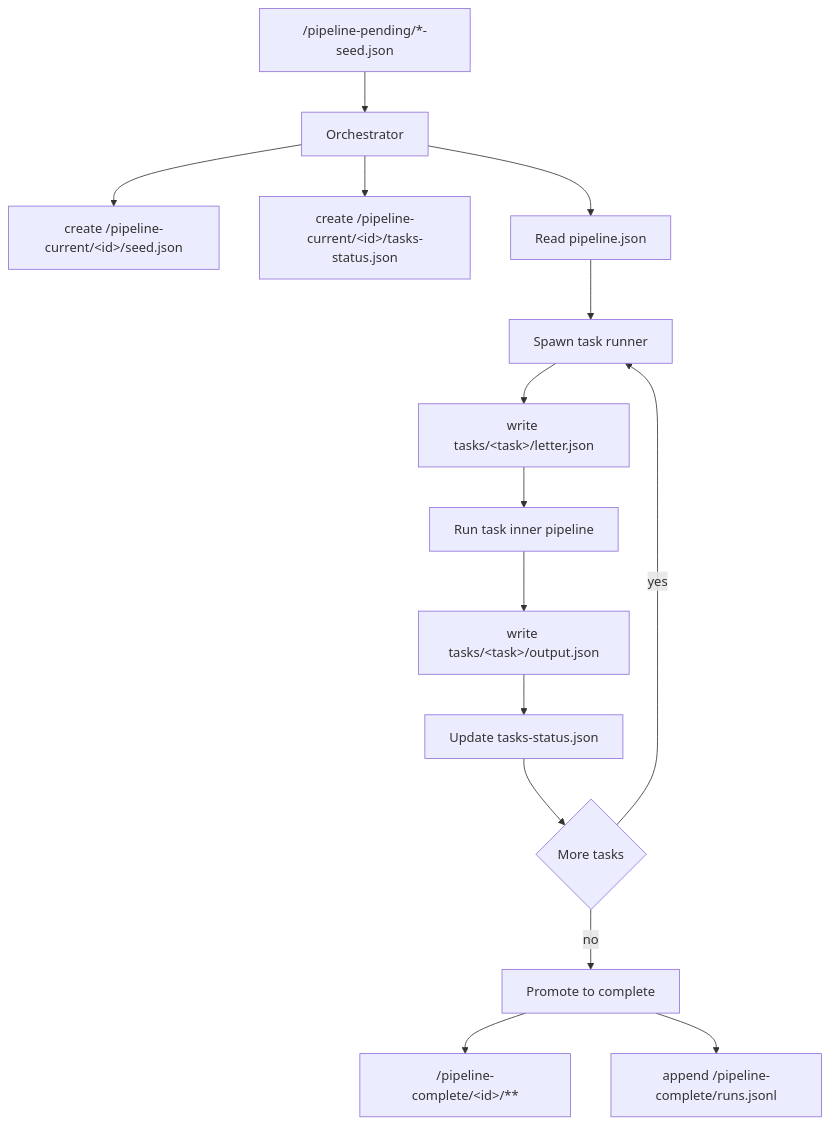
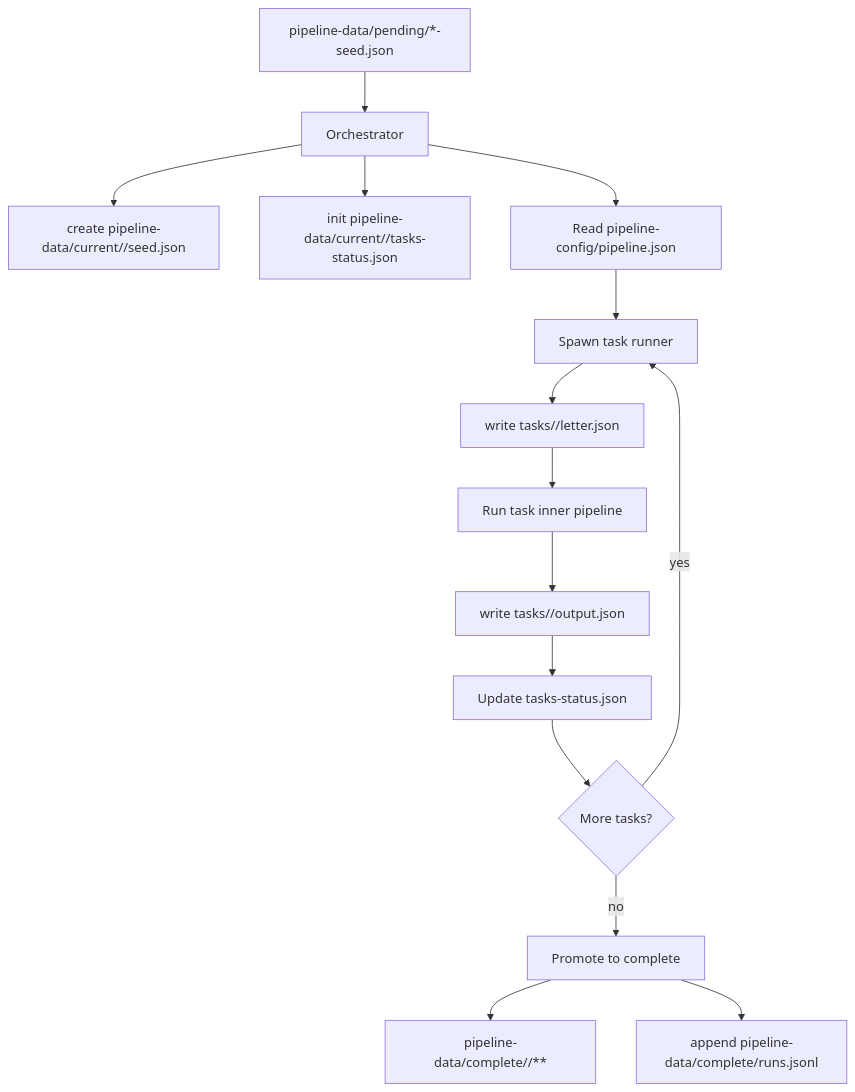
One commit to ryan-mahoney/prompt-orchestration-pipeline changed the first of 2 diagrams in README.md. Above: the diagram before and after it, drawn with Mermaid. The commit also changed other lines of this file, not shown here.

````diff
--- a/README.md
+++ b/README.md
@@ -60,17 +57,17 @@
 ```mermaid
 flowchart TD
-  A["/pipeline-pending/*-seed.json"] --> B[Orchestrator]
-  B --> C["create /pipeline-current/&lt;id&gt;/seed.json"]
-  B --> D["create /pipeline-current/&lt;id&gt;/tasks-status.json"]
-  B --> E[Read pipeline.json]
+  A["pipeline-data/pending/*-seed.json"] --> B[Orchestrator]
+  B --> C["create pipeline-data/current/<id>/seed.json"]
+  B --> D["init pipeline-data/current/<id>/tasks-status.json"]
+  B --> E[Read pipeline-config/pipeline.json]
   E --> F[Spawn task runner]
-  F --> G["write tasks/&lt;task&gt;/letter.json"]
+  F --> G["write tasks/<task>/letter.json"]
   G --> H[Run task inner pipeline]
-  H --> I["write tasks/&lt;task&gt;/output.json"]
+  H --> I["write tasks/<task>/output.json"]
   I --> J[Update tasks-status.json]
-  J --> K{More tasks}
+  J --> K{More tasks?}
   K -->|yes| F
   K -->|no| L[Promote to complete]
-  L --> M["/pipeline-complete/&lt;id&gt;/**"]
-  L --> N["append /pipeline-complete/runs.jsonl"]
+  L --> M["pipeline-data/complete/<id>/**"]
+  L --> N["append pipeline-data/complete/runs.jsonl"]
 ```
````
